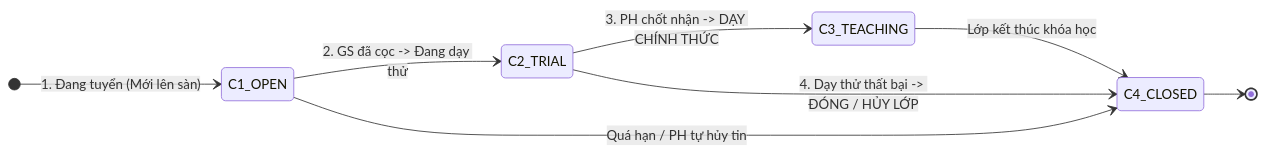
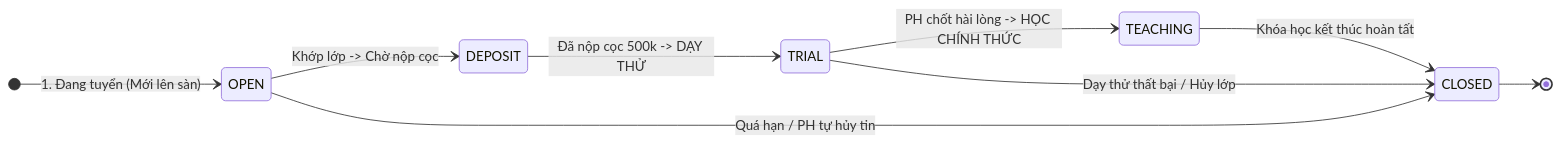
The first of 3 diagrams in docs/nghiep-vu/3-admin-crm/02-PheubanHangKanban.md (dung-0109/DATN_CRM_GIA_SU), drawn with Mermaid before and after one commit. The commit also changed other lines of this file and 22 other files, not shown here.

````diff
--- a/docs/nghiep-vu/3-admin-crm/02-PheubanHangKanban.md
+++ b/docs/nghiep-vu/3-admin-crm/02-PheubanHangKanban.md
@@ -13,13 +36,14 @@
 ```mermaid
 stateDiagram-v2
     direction LR
-    [*] --> C1_OPEN: 1. Đang tuyển (Mới lên sàn)
-    C1_OPEN --> C2_TRIAL: 2. GS đã cọc -> Đang dạy thử
+    [*] --> OPEN: 1. Đang tuyển (Mới lên sàn)
+    OPEN --> DEPOSIT: Khớp lớp -> Chờ nộp cọc
+    DEPOSIT --> TRIAL: Đã nộp cọc 500k -> DẠY THỬ
     
-    C2_TRIAL --> C3_TEACHING: 3. PH chốt nhận -> DẠY CHÍNH THỨC
-    C2_TRIAL --> C4_CLOSED: 4. Dạy thử thất bại -> ĐÓNG / HỦY LỚP
-    C1_OPEN --> C4_CLOSED: Quá hạn / PH tự hủy tin
+    TRIAL --> TEACHING: PH chốt hài lòng -> HỌC CHÍNH THỨC
+    TRIAL --> CLOSED: Dạy thử thất bại / Hủy lớp
+    OPEN --> CLOSED: Quá hạn / PH tự hủy tin
     
-    C3_TEACHING --> C4_CLOSED: Lớp kết thúc khóa học
-    C4_CLOSED --> [*]
+    TEACHING --> CLOSED: Khóa học kết thúc hoàn tất
+    CLOSED --> [*]
 ```
````
